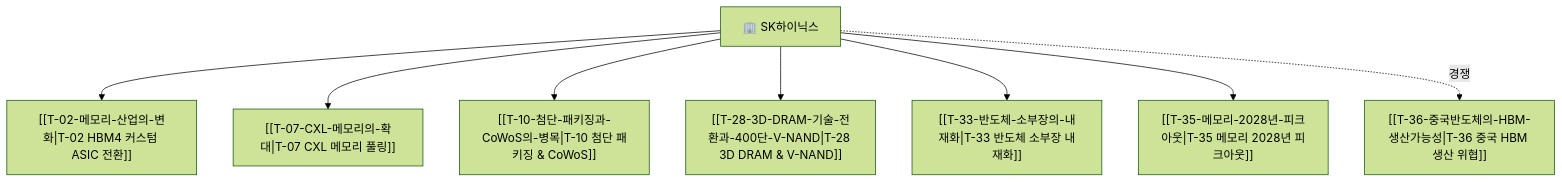
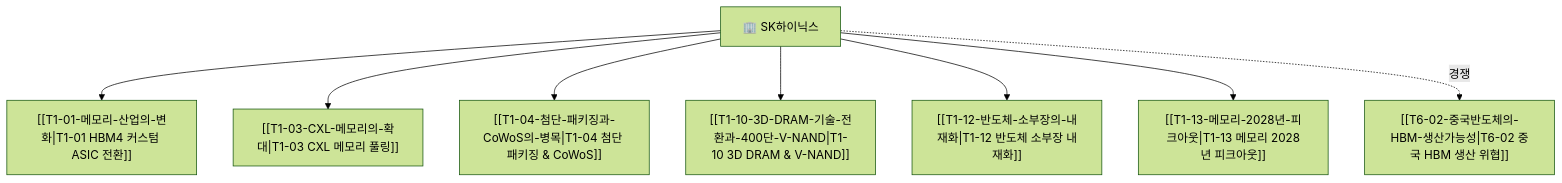
Before and after one commit to zoofighter/b_0901_Argus_pulse: the diagram in thesis/Company-SK하이닉스.md, drawn with Mermaid (forest theme). The commit also changed other lines of this file and 134 other files, not shown here.

Commit message:
feat: restructure Argus thesis architecture with new categorization, migration scripts, and comprehensive system documentation.

````diff
--- a/thesis/Company-SK하이닉스.md
+++ b/thesis/Company-SK하이닉스.md
@@ -27,10 +27,10 @@
 ```mermaid
 graph TD
-    SK["🏢 SK하이닉스"] --> T02["[[T-02-메모리-산업의-변화|T-02 HBM4 커스텀 ASIC 전환]]"]
-    SK --> T07["[[T-07-CXL-메모리의-확대|T-07 CXL 메모리 풀링]]"]
-    SK --> T10["[[T-10-첨단-패키징과-CoWoS의-병목|T-10 첨단 패키징 & CoWoS]]"]
-    SK --> T28["[[T-28-3D-DRAM-기술-전환과-400단-V-NAND|T-28 3D DRAM & V-NAND]]"]
-    SK --> T33["[[T-33-반도체-소부장의-내재화|T-33 반도체 소부장 내재화]]"]
-    SK --> T35["[[T-35-메모리-2028년-피크아웃|T-35 메모리 2028년 피크아웃]]"]
-    SK -. 경쟁 .-> T36["[[T-36-중국반도체의-HBM-생산가능성|T-36 중국 HBM 생산 위협]]"]
+    SK["🏢 SK하이닉스"] --> T02["[[T1-01-메모리-산업의-변화|T1-01 HBM4 커스텀 ASIC 전환]]"]
+    SK --> T07["[[T1-03-CXL-메모리의-확대|T1-03 CXL 메모리 풀링]]"]
+    SK --> T10["[[T1-04-첨단-패키징과-CoWoS의-병목|T1-04 첨단 패키징 & CoWoS]]"]
+    SK --> T28["[[T1-10-3D-DRAM-기술-전환과-400단-V-NAND|T1-10 3D DRAM & V-NAND]]"]
+    SK --> T33["[[T1-12-반도체-소부장의-내재화|T1-12 반도체 소부장 내재화]]"]
+    SK --> T35["[[T1-13-메모리-2028년-피크아웃|T1-13 메모리 2028년 피크아웃]]"]
+    SK -. 경쟁 .-> T36["[[T6-02-중국반도체의-HBM-생산가능성|T6-02 중국 HBM 생산 위협]]"]
 ```
````
